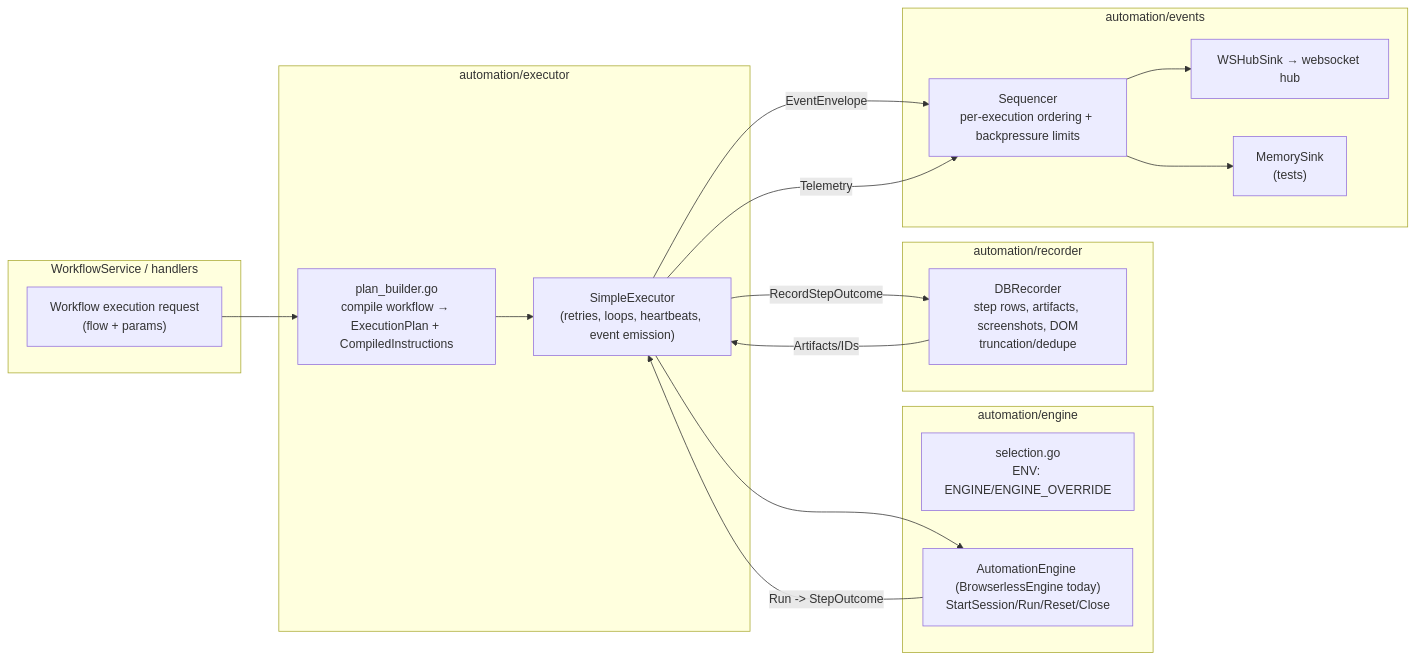
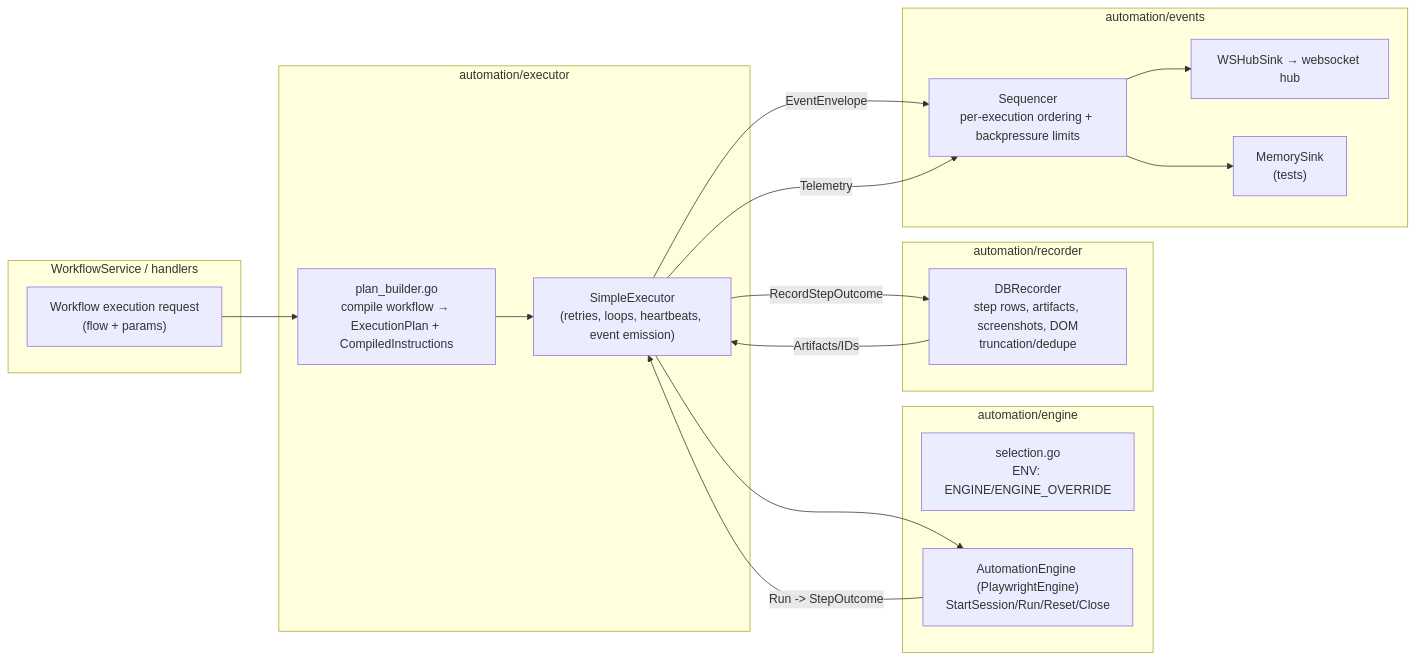
One commit to Vrooli/Vrooli changed the diagram in scenarios/browser-automation-studio/api/automation/README.md. Above: the diagram before and after it, drawn with Mermaid. The commit also changed other lines of this file and 70 other files, not shown here.

````diff
--- a/scenarios/browser-automation-studio/api/automation/README.md
+++ b/scenarios/browser-automation-studio/api/automation/README.md
@@ -6,30 +6,30 @@
 ```mermaid
 flowchart LR
     subgraph Request["WorkflowService / handlers"]
         WF["Workflow execution request\n(flow + params)"]
     end
     subgraph Planning["automation/executor"]
         PB["plan_builder.go\ncompile workflow → ExecutionPlan + CompiledInstructions"]
         EX["SimpleExecutor\n(retries, loops, heartbeats, event emission)"]
     end
     subgraph Engine["automation/engine"]
         SEL["selection.go\nENV: ENGINE/ENGINE_OVERRIDE"]
-        ENG["AutomationEngine (BrowserlessEngine today)\nStartSession/Run/Reset/Close"]
+        ENG["AutomationEngine (PlaywrightEngine)\nStartSession/Run/Reset/Close"]
     end
     subgraph Recorder["automation/recorder"]
         REC["DBRecorder\nstep rows, artifacts, screenshots, DOM\ntruncation/dedupe"]
     end
     subgraph Events["automation/events"]
         SEQ["Sequencer\nper-execution ordering + backpressure limits"]
         WS["WSHubSink → websocket hub"]
         MEM["MemorySink\n(tests)"]
     end
 
     WF --> PB --> EX --> ENG
     ENG -->|Run -> StepOutcome| EX
     EX -->|RecordStepOutcome| REC
     EX -->|EventEnvelope| SEQ --> WS
     EX -->|Telemetry| SEQ
     REC -->|Artifacts/IDs| EX
     SEQ --> MEM
 ```
````
